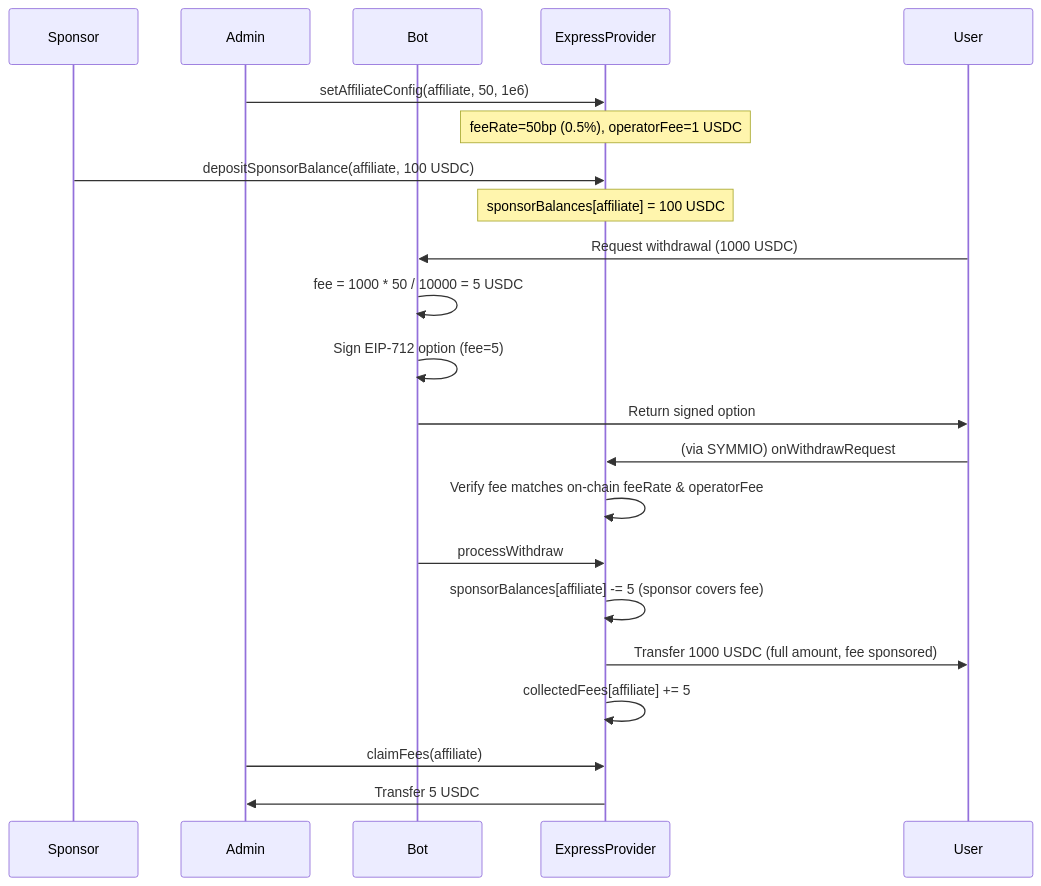
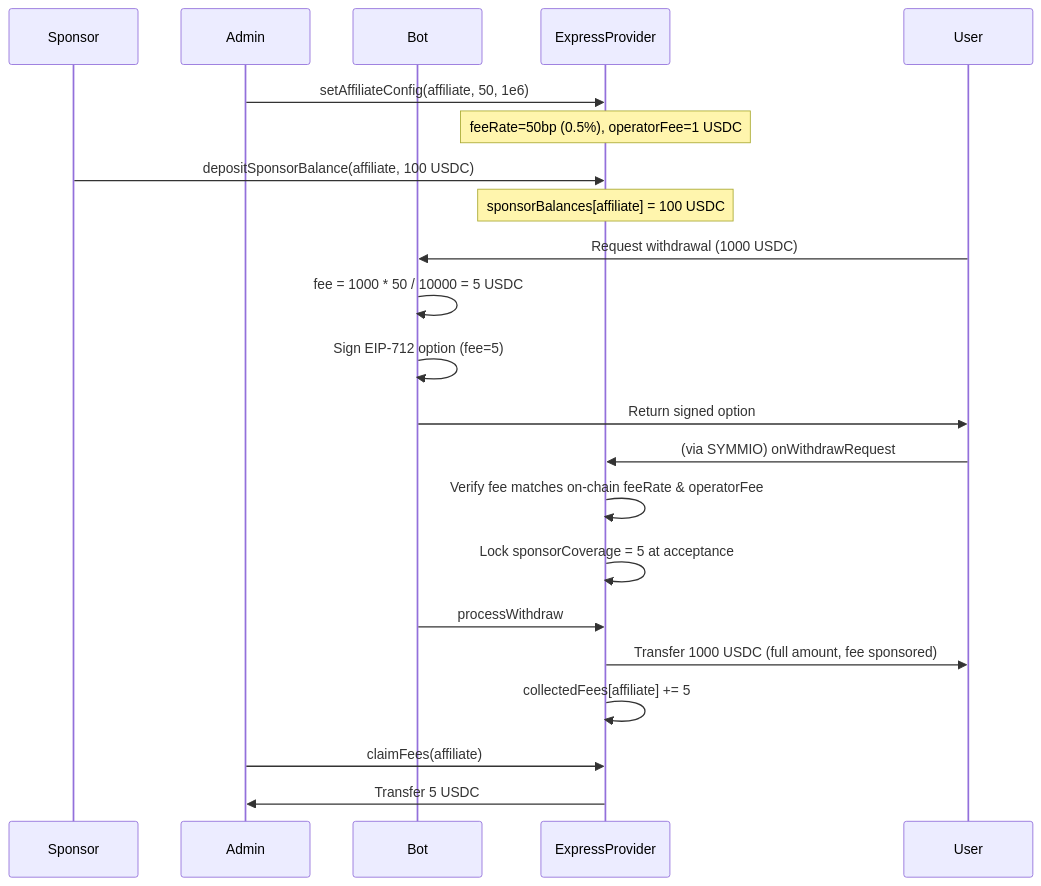
One commit to SYMM-IO/perps-core changed diagram 11 of 14 in docs/v0.8.6/express-withdrawal-system-design.md. Above: the diagram before and after it, drawn with Mermaid. The commit also changed other lines of this file and 26 other files, not shown here.

````diff
--- a/docs/v0.8.6/express-withdrawal-system-design.md
+++ b/docs/v0.8.6/express-withdrawal-system-design.md
@@ -638,29 +639,29 @@
 ```mermaid
 sequenceDiagram
     participant Sponsor
     participant Admin
     participant Bot
     participant Express as ExpressProvider
     participant User
 
     Admin->>Express: setAffiliateConfig(affiliate, 50, 1e6)
     Note over Express: feeRate=50bp (0.5%), operatorFee=1 USDC
     Sponsor->>Express: depositSponsorBalance(affiliate, 100 USDC)
     Note over Express: sponsorBalances[affiliate] = 100 USDC
 
     User->>Bot: Request withdrawal (1000 USDC)
     Bot->>Bot: fee = 1000 * 50 / 10000 = 5 USDC
     Bot->>Bot: Sign EIP-712 option (fee=5)
     Bot->>User: Return signed option
 
     User->>Express: (via SYMMIO) onWithdrawRequest
     Express->>Express: Verify fee matches on-chain feeRate & operatorFee
+    Express->>Express: Lock sponsorCoverage = 5 at acceptance
 
     Bot->>Express: processWithdraw
-    Express->>Express: sponsorBalances[affiliate] -= 5 (sponsor covers fee)
     Express->>User: Transfer 1000 USDC (full amount, fee sponsored)
     Express->>Express: collectedFees[affiliate] += 5
 
     Admin->>Express: claimFees(affiliate)
     Express->>Admin: Transfer 5 USDC
 ```
````
